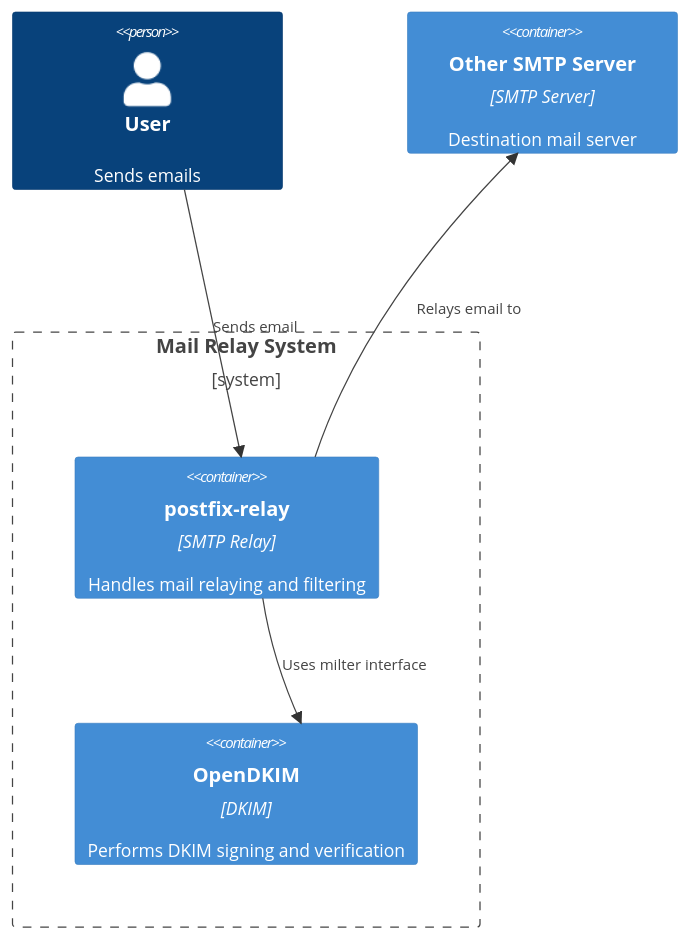
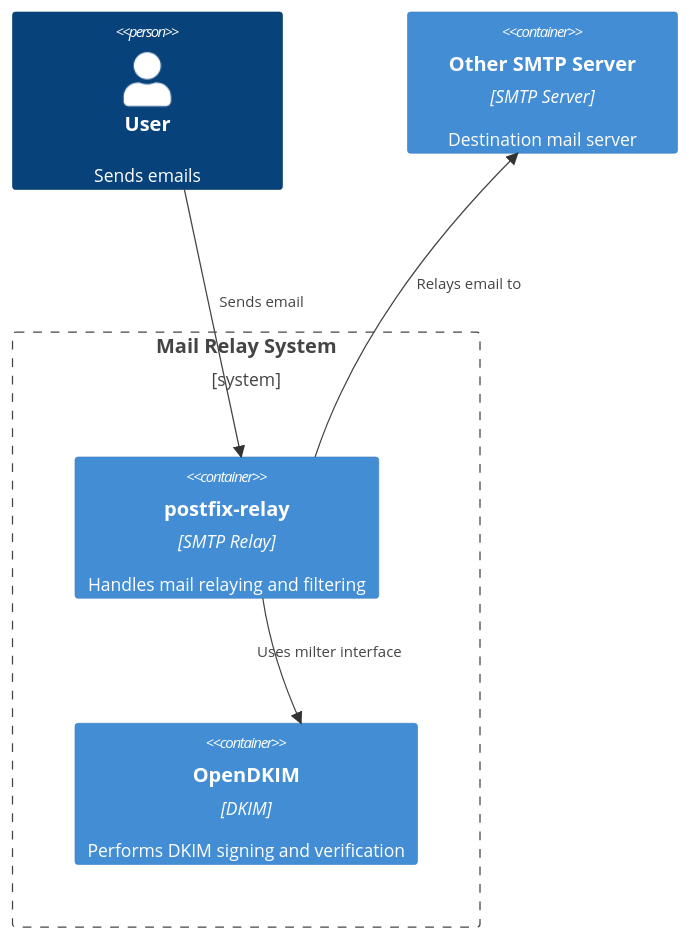
Before and after one commit to canonical/opendkim-operator: the diagram in docs/explanation/charm-architecture.md, drawn with Mermaid.

````diff
--- a/docs/explanation/charm-architecture.md
+++ b/docs/explanation/charm-architecture.md
@@ -24,14 +24,17 @@
 ```mermaid
 C4Container
     Person(user, "User", "Sends emails")
     Container(otherSmtpServer, "Other SMTP Server", "SMTP Server", "Destination mail server")
 
     Boundary(mailSystem, "Mail Relay System") {
         Container(posfixRelay, "postfix-relay", "SMTP Relay", "Handles mail relaying and filtering")
         Container(OpenDKIM, "OpenDKIM", "DKIM", "Performs DKIM signing and verification")
     }
 
     Rel(user, posfixRelay, "Sends email")
     Rel(posfixRelay, OpenDKIM, "Uses milter interface")
     Rel(posfixRelay, otherSmtpServer, "Relays email to")
+    UpdateRelStyle(user, posfixRelay, $offsetY="-20", $offsetX="5")
+    UpdateRelStyle(posfixRelay, OpenDKIM, $offsetY="-10", $offsetX="-20")
+    UpdateRelStyle(posfixRelay, otherSmtpServer, $offsetY="-20", $offsetX="0")
 ```
````
